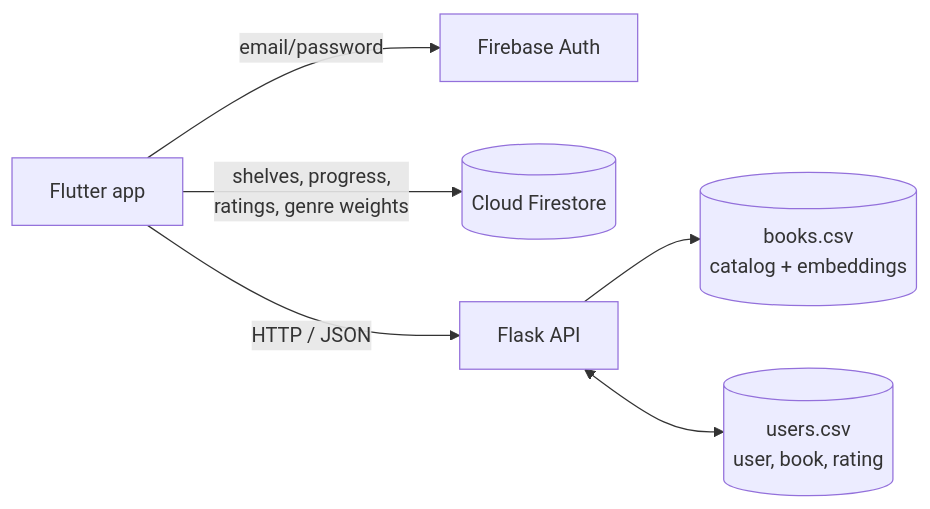
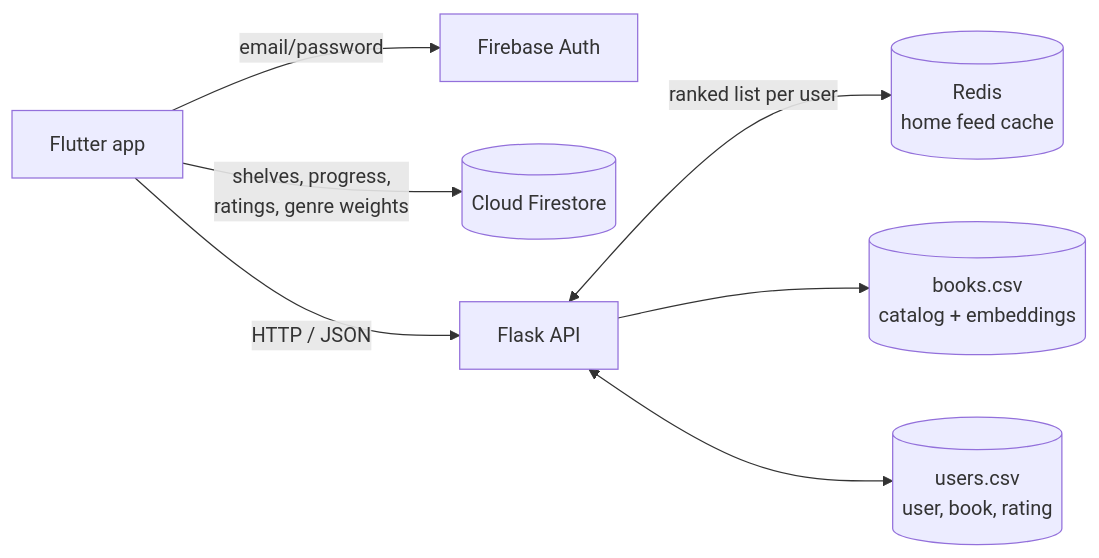
The diagram in README.md (Isha1218/bookflix), drawn with Mermaid before and after one commit. The commit also changed other lines of this file, not shown here.

Commit message:
Add Redis home feed cache to README architecture

````diff
--- a/README.md
+++ b/README.md
@@ -28,8 +28,9 @@
 ```mermaid
 flowchart LR
     App[Flutter app] -- email/password --> Auth[Firebase Auth]
     App -- shelves, progress,<br/>ratings, genre weights --> FS[(Cloud Firestore)]
     App -- HTTP / JSON --> API[Flask API]
+    API <-- ranked list per user --> Cache[(Redis<br/>home feed cache)]
     API --> Books[(books.csv<br/>catalog + embeddings)]
     API <--> Users[(users.csv<br/>user, book, rating)]
 ```
````
